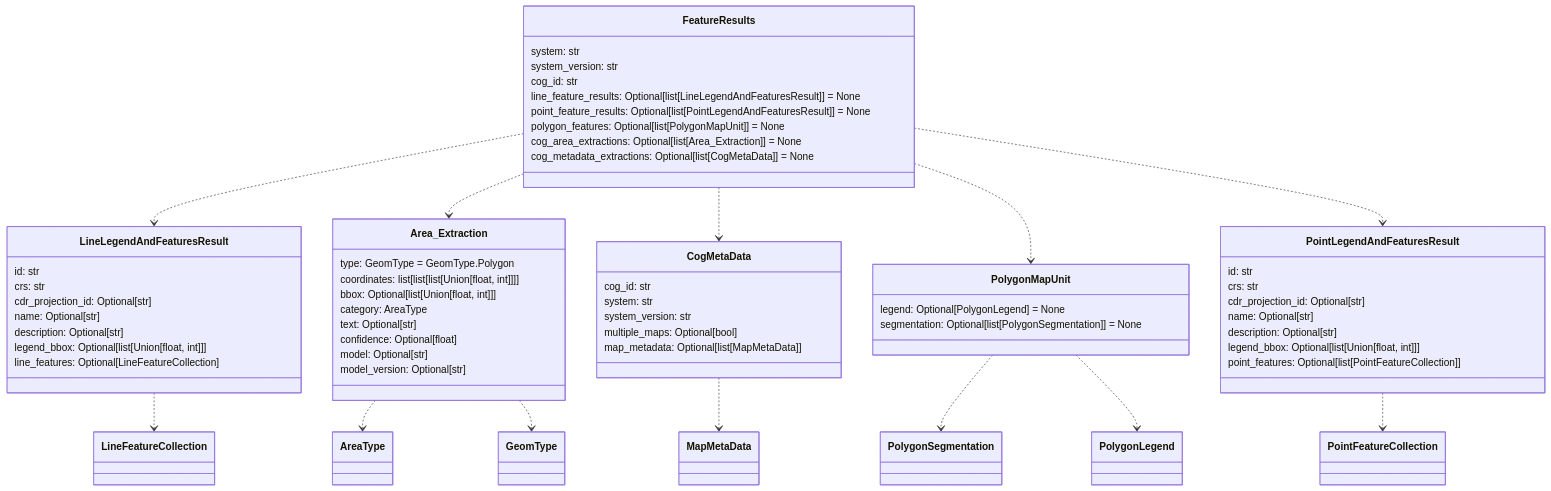
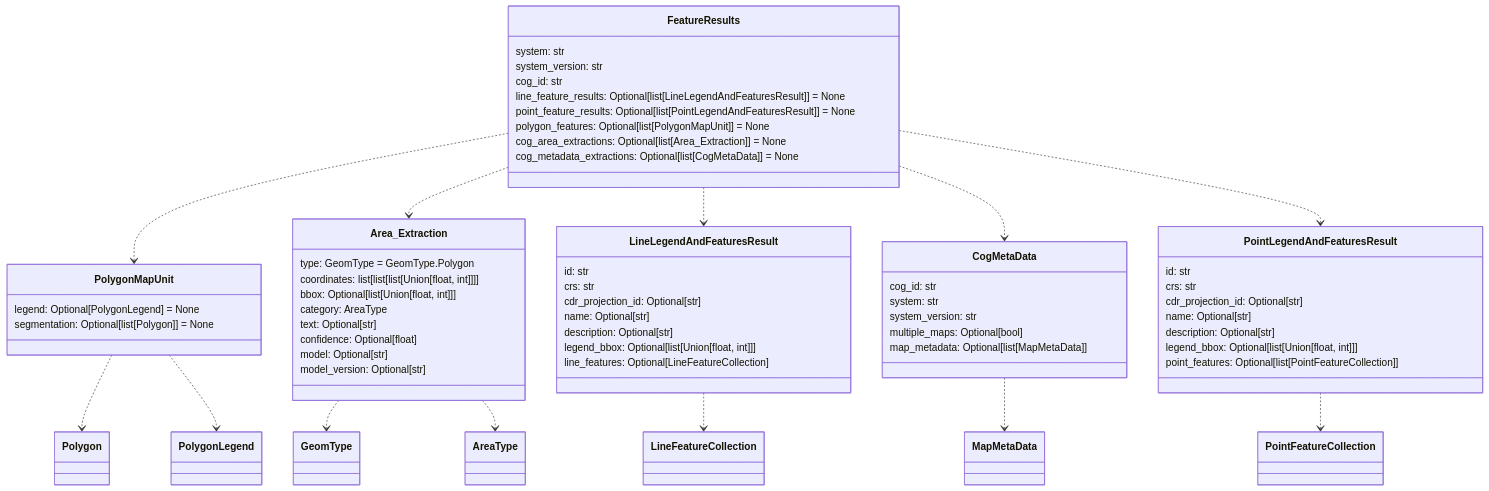
Before and after one commit to DARPA-CRITICALMAAS/cdr_schemas: the fourth of 12 diagrams in README.md, drawn with Mermaid. The commit also changed other lines of this file and 1 other file, not shown here.

````diff
--- a/README.md
+++ b/README.md
@@ -251,73 +251,73 @@
 ```mermaid
 classDiagram
 
-    class LineLegendAndFeaturesResult {
-        id: str
-        crs: str
-        cdr_projection_id: Optional[str]
-        name: Optional[str]
-        description: Optional[str]
-        legend_bbox: Optional[list[Union[float, int]]]
-        line_features: Optional[LineFeatureCollection]
+    class PolygonMapUnit {
+        legend: Optional[PolygonLegend] = None
+        segmentation: Optional[list[Polygon]] = None
     }
 
     class Area_Extraction {
         type: GeomType = GeomType.Polygon
         coordinates: list[list[list[Union[float, int]]]]
         bbox: Optional[list[Union[float, int]]]
         category: AreaType
         text: Optional[str]
         confidence: Optional[float]
         model: Optional[str]
         model_version: Optional[str]
     }
 
+    class FeatureResults {
+        system: str
+        system_version: str
+        cog_id: str
+        line_feature_results: Optional[list[LineLegendAndFeaturesResult]] = None
+        point_feature_results: Optional[list[PointLegendAndFeaturesResult]] = None
+        polygon_features: Optional[list[PolygonMapUnit]] = None
+        cog_area_extractions: Optional[list[Area_Extraction]] = None
+        cog_metadata_extractions: Optional[list[CogMetaData]] = None
+    }
+
+    class LineLegendAndFeaturesResult {
+        id: str
+        crs: str
+        cdr_projection_id: Optional[str]
+        name: Optional[str]
+        description: Optional[str]
+        legend_bbox: Optional[list[Union[float, int]]]
+        line_features: Optional[LineFeatureCollection]
+    }
+
     class CogMetaData {
         cog_id: str
         system: str
         system_version: str
         multiple_maps: Optional[bool]
         map_metadata: Optional[list[MapMetaData]]
-    }
-
-    class PolygonMapUnit {
-        legend: Optional[PolygonLegend] = None
-        segmentation: Optional[list[PolygonSegmentation]] = None
     }
 
     class PointLegendAndFeaturesResult {
         id: str
         crs: str
         cdr_projection_id: Optional[str]
         name: Optional[str]
         description: Optional[str]
         legend_bbox: Optional[list[Union[float, int]]]
         point_features: Optional[list[PointFeatureCollection]]
     }
 
-    class FeatureResults {
-        system: str
-        system_version: str
-        cog_id: str
-        line_feature_results: Optional[list[LineLegendAndFeaturesResult]] = None
-        point_feature_results: Optional[list[PointLegendAndFeaturesResult]] = None
-        polygon_features: Optional[list[PolygonMapUnit]] = None
-        cog_area_extractions: Optional[list[Area_Extraction]] = None
-        cog_metadata_extractions: Optional[list[CogMetaData]] = None
-    }
-
+    Area_Extraction ..> GeomType
     Area_Extraction ..> AreaType
-    Area_Extraction ..> GeomType
     LineLegendAndFeaturesResult ..> LineFeatureCollection
     PointLegendAndFeaturesResult ..> PointFeatureCollection
-    PolygonMapUnit ..> PolygonSegmentation
+    PolygonMapUnit ..> Polygon
     PolygonMapUnit ..> PolygonLegend
     CogMetaData ..> MapMetaData
+    FeatureResults ..> PolygonMapUnit
+    FeatureResults ..> Area_Extraction
     FeatureResults ..> LineLegendAndFeaturesResult
-    FeatureResults ..> Area_Extraction
     FeatureResults ..> CogMetaData
-    FeatureResults ..> PolygonMapUnit
     FeatureResults ..> PointLegendAndFeaturesResult
 
 
 ```
````
